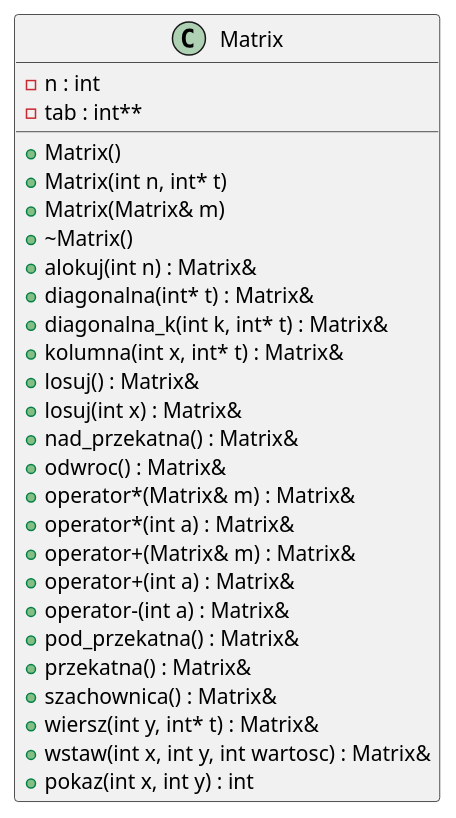
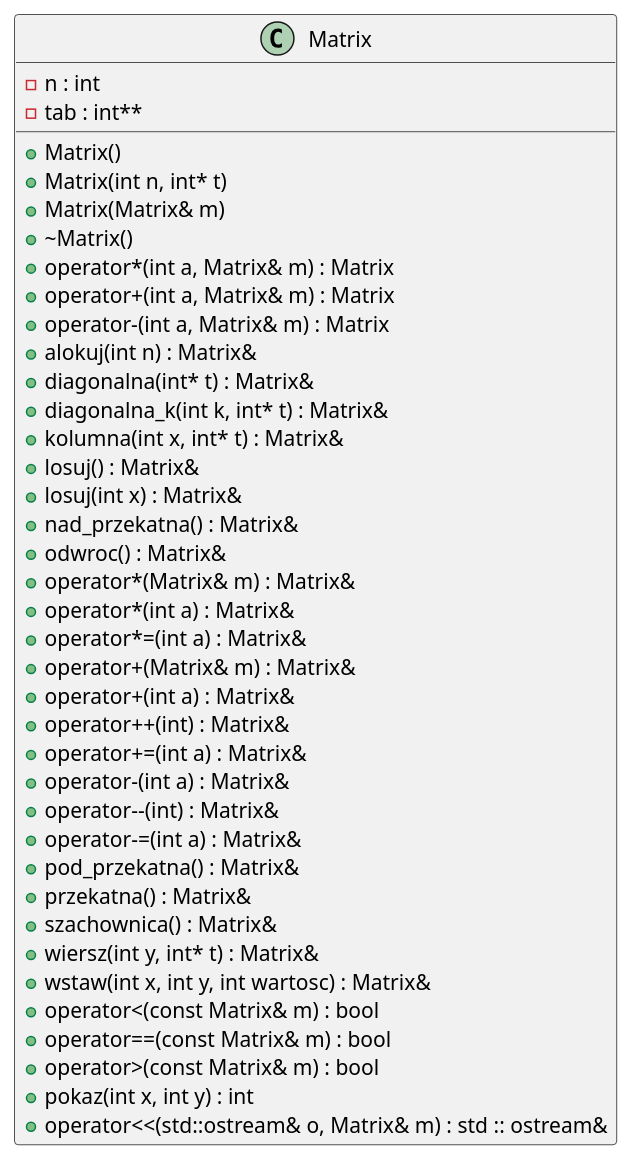
The diagram in inline_umlgraph_pnghtml.pu (kluchoo/Matrix), drawn with PlantUML before and after one commit. The commit also changed 34 other files, not shown here.

```diff
--- a/inline_umlgraph_pnghtml.pu
+++ b/inline_umlgraph_pnghtml.pu
@@ -1,30 +1,42 @@
 @startuml inline_umlgraph_1.png
 class Matrix {
 -n : int
 -tab : int**
 +Matrix()
 +Matrix(int n, int* t)
 +Matrix(Matrix& m)
 +~Matrix()
++operator*(int a, Matrix& m) : Matrix
++operator+(int a, Matrix& m) : Matrix
++operator-(int a, Matrix& m) : Matrix
 +alokuj(int n) : Matrix&
 +diagonalna(int* t) : Matrix&
 +diagonalna_k(int k, int* t) : Matrix&
 +kolumna(int x, int* t) : Matrix&
 +losuj() : Matrix&
 +losuj(int x) : Matrix&
 +nad_przekatna() : Matrix&
 +odwroc() : Matrix&
 +operator*(Matrix& m) : Matrix&
 +operator*(int a) : Matrix&
++operator*=(int a) : Matrix&
 +operator+(Matrix& m) : Matrix&
 +operator+(int a) : Matrix&
++operator++(int) : Matrix&
++operator+=(int a) : Matrix&
 +operator-(int a) : Matrix&
++operator--(int) : Matrix&
++operator-=(int a) : Matrix&
 +pod_przekatna() : Matrix&
 +przekatna() : Matrix&
 +szachownica() : Matrix&
 +wiersz(int y, int* t) : Matrix&
 +wstaw(int x, int y, int wartosc) : Matrix&
++operator<(const Matrix& m) : bool
++operator==(const Matrix& m) : bool
++operator>(const Matrix& m) : bool
 +pokaz(int x, int y) : int
++operator<<(std::ostream& o, Matrix& m) : std :: ostream&
 
 }
 @enduml
```
